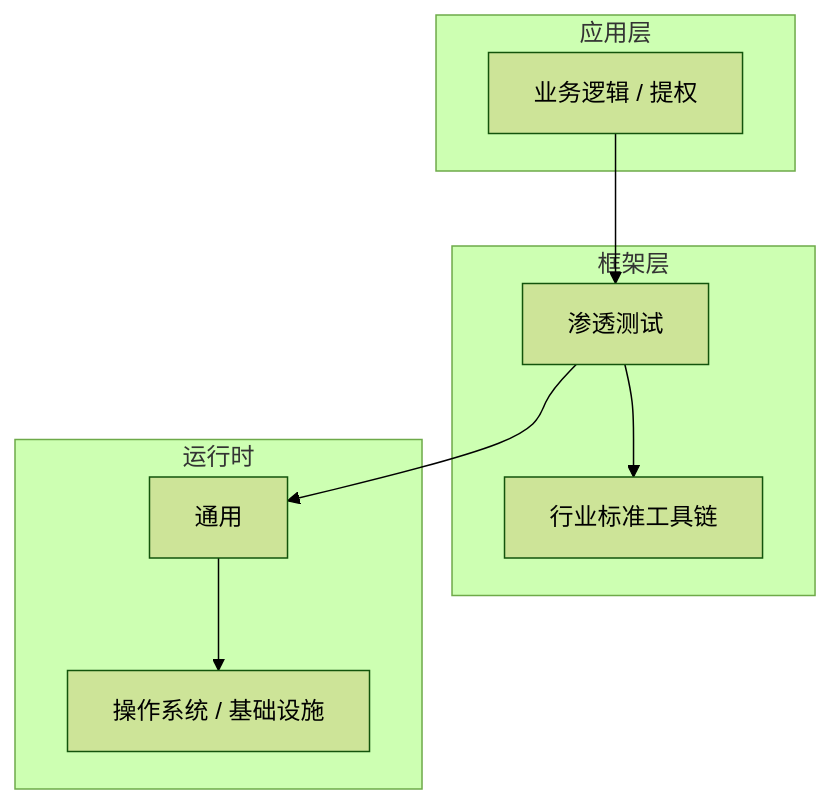
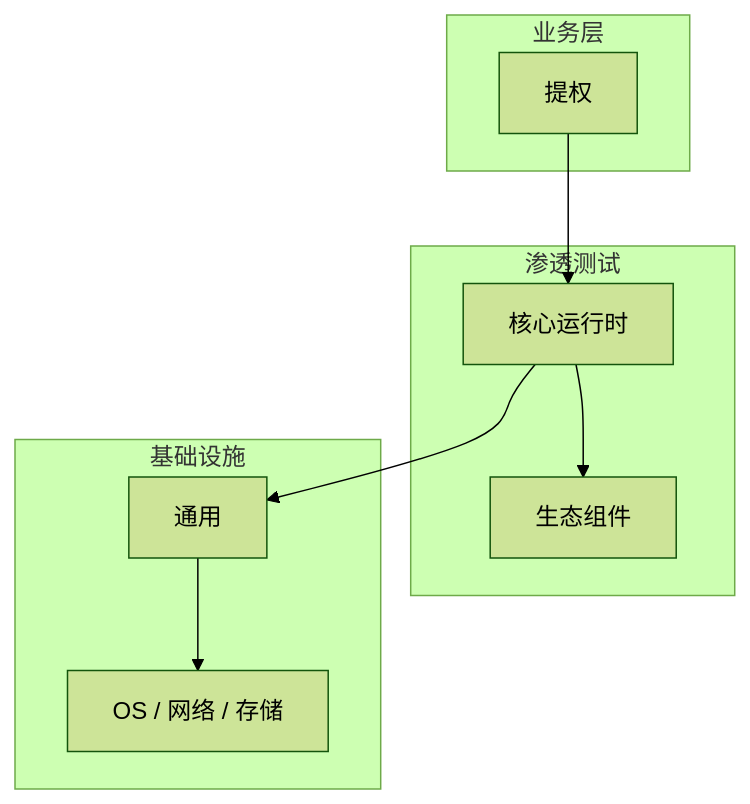
The diagram in articles/渗透测试/chapters/036-权限提升风险核心概念与原理.md (yanggan2015/knowledge-json-v2), drawn with Mermaid (forest theme) before and after one commit. The commit also changed other lines of this file and 10127 other files, not shown here.

````diff
--- a/articles/渗透测试/chapters/036-权限提升风险核心概念与原理.md
+++ b/articles/渗透测试/chapters/036-权限提升风险核心概念与原理.md
@@ -46,18 +31,18 @@
 ```mermaid
 graph TB
-    subgraph 应用层
-        A[业务逻辑 / 提权]
+    subgraph 业务层
+        A[提权]
     end
-    subgraph 框架层
-        B[渗透测试]
-        C[行业标准工具链]
+    subgraph 渗透测试
+        B[核心运行时]
+        C[生态组件]
     end
-    subgraph 运行时
+    subgraph 基础设施
         D[通用]
-        E[操作系统 / 基础设施]
+        E[OS / 网络 / 存储]
     end
     A --> B
     B --> C
     B --> D
     D --> E
 ```
````
